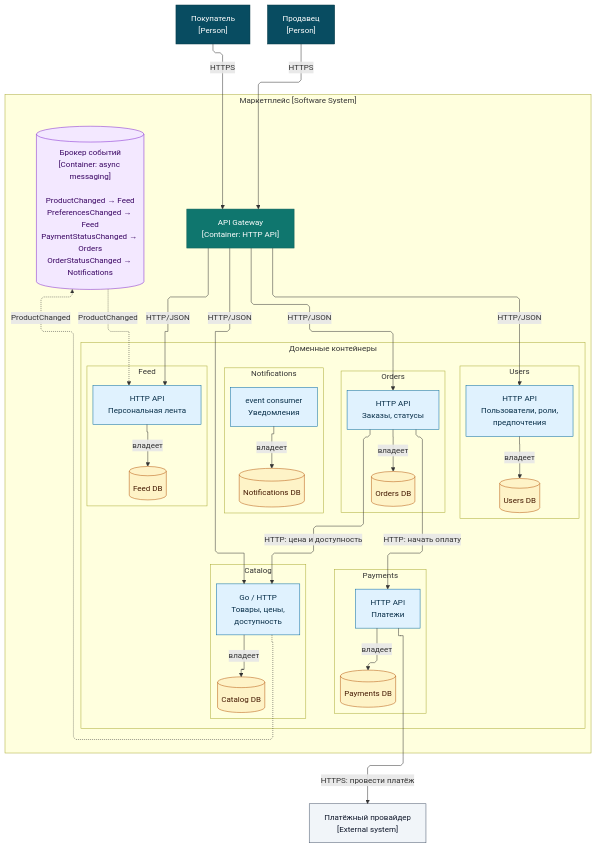
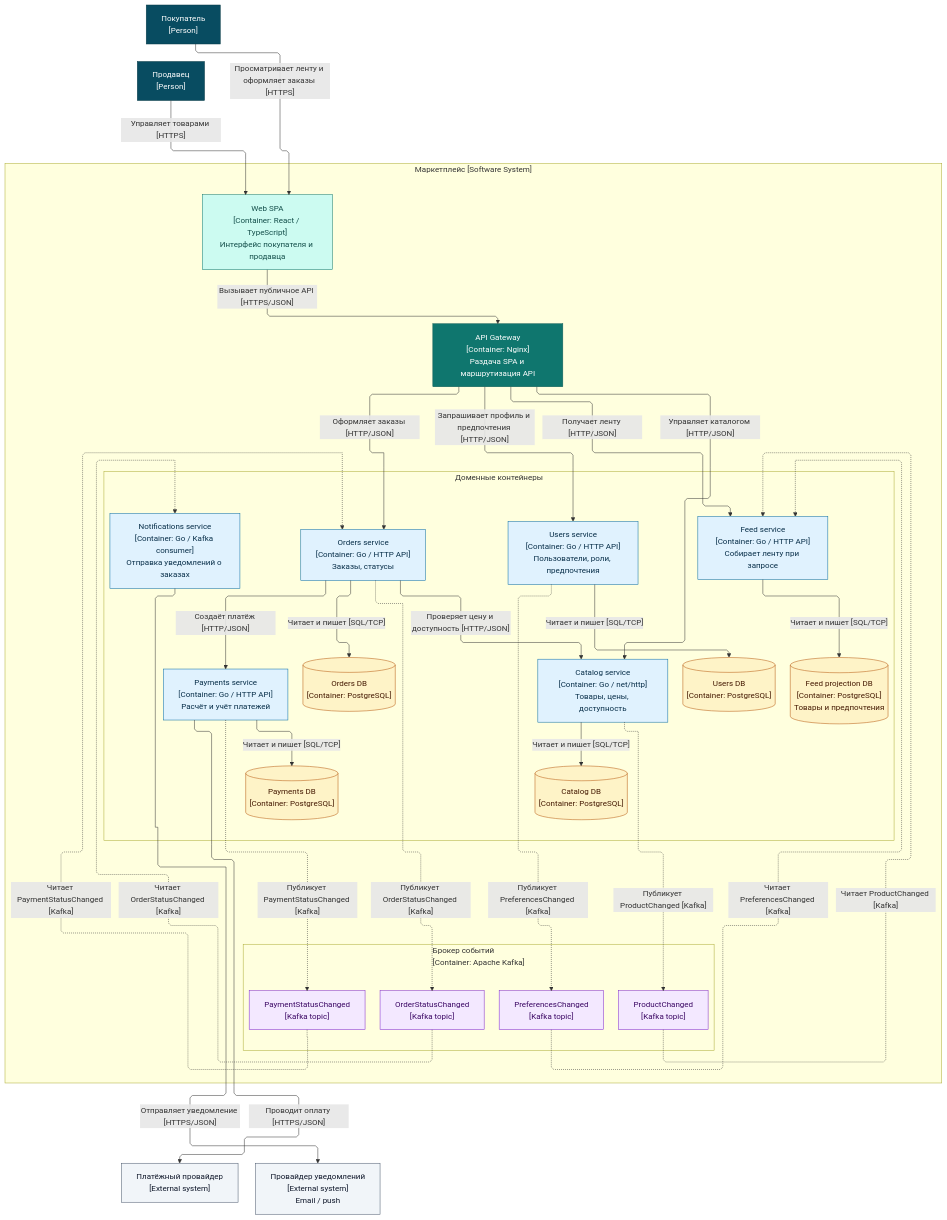
Before and after one commit to 4e6yPeK48/soa-marketplace: the diagram in README.md, drawn with Mermaid. The commit also changed other lines of this file and 2 other files, not shown here.

Commit message:
SOA-HW1: docs(architecture): уточнить C4 и границы хранения данных

````diff
--- a/README.md
+++ b/README.md
@@ -29,92 +30,90 @@
     buyer["Покупатель<br/>[Person]"]
     seller["Продавец<br/>[Person]"]
     psp["Платёжный провайдер<br/>[External system]"]
+    notification_provider["Провайдер уведомлений<br/>[External system]<br/>Email / push"]
+
+    buyer ~~~ seller
 
     subgraph marketplace["Маркетплейс [Software System]"]
         direction TB
 
-        gateway["API Gateway<br/>[Container: HTTP API]"]
+        web["Web SPA<br/>[Container: React / TypeScript]<br/>Интерфейс покупателя и продавца"]
+        gateway["API Gateway<br/>[Container: Nginx]<br/>Раздача SPA и маршрутизация API"]
 
         subgraph services["Доменные контейнеры"]
             direction LR
 
-            subgraph d_users["Users"]
-                direction TB
-                users["HTTP API<br/>Пользователи, роли,<br/>предпочтения"]
-                usersdb[("Users DB")]
-                users -->|владеет| usersdb
-            end
+            users["Users service<br/>[Container: Go / HTTP API]<br/>Пользователи, роли, предпочтения"]
+            usersdb[("Users DB<br/>[Container: PostgreSQL]")]
+            users -->|"Читает и пишет [SQL/TCP]"| usersdb
 
-            subgraph d_catalog["Catalog"]
-                direction TB
-                catalog["Go / HTTP<br/>Товары, цены,<br/>доступность"]
-                catalogdb[("Catalog DB")]
-                catalog -->|владеет| catalogdb
-            end
+            catalog["Catalog service<br/>[Container: Go / net/http]<br/>Товары, цены, доступность"]
+            catalogdb[("Catalog DB<br/>[Container: PostgreSQL]")]
+            catalog -->|"Читает и пишет [SQL/TCP]"| catalogdb
 
-            subgraph d_feed["Feed"]
-                direction TB
-                feed["HTTP API<br/>Персональная лента"]
-                feeddb[("Feed DB")]
-                feed -->|владеет| feeddb
-            end
+            feed["Feed service<br/>[Container: Go / HTTP API]<br/>Собирает ленту при запросе"]
+            feeddb[("Feed projection DB<br/>[Container: PostgreSQL]<br/>Товары и предпочтения")]
+            feed -->|"Читает и пишет [SQL/TCP]"| feeddb
 
-            subgraph d_orders["Orders"]
-                direction TB
-                orders["HTTP API<br/>Заказы, статусы"]
-                ordersdb[("Orders DB")]
-                orders -->|владеет| ordersdb
-            end
+            orders["Orders service<br/>[Container: Go / HTTP API]<br/>Заказы, статусы"]
+            ordersdb[("Orders DB<br/>[Container: PostgreSQL]")]
+            orders -->|"Читает и пишет [SQL/TCP]"| ordersdb
 
-            subgraph d_payments["Payments"]
-                direction TB
-                payments["HTTP API<br/>Платежи"]
-                paymentsdb[("Payments DB")]
-                payments -->|владеет| paymentsdb
-            end
+            payments["Payments service<br/>[Container: Go / HTTP API]<br/>Расчёт и учёт платежей"]
+            paymentsdb[("Payments DB<br/>[Container: PostgreSQL]")]
+            payments -->|"Читает и пишет [SQL/TCP]"| paymentsdb
 
-            subgraph d_notifications["Notifications"]
-                direction TB
-                notifications["event consumer<br/>Уведомления"]
-                notificationsdb[("Notifications DB")]
-                notifications -->|владеет| notificationsdb
-            end
+            notifications["Notifications service<br/>[Container: Go / Kafka consumer]<br/>Отправка уведомлений о заказах"]
         end
 
-        broker[("Брокер событий<br/>[Container: async messaging]<br/><br/>ProductChanged → Feed<br/>PreferencesChanged → Feed<br/>PaymentStatusChanged → Orders<br/>OrderStatusChanged → Notifications")]
+        subgraph broker["Брокер событий<br/>[Container: Apache Kafka]"]
+            direction LR
+            topic_preferences["PreferencesChanged<br/>[Kafka topic]"]
+            topic_products["ProductChanged<br/>[Kafka topic]"]
+            topic_payments["PaymentStatusChanged<br/>[Kafka topic]"]
+            topic_orders["OrderStatusChanged<br/>[Kafka topic]"]
+        end
     end
 
-    %% External → system
-    buyer -->|HTTPS| gateway
-    seller -->|HTTPS| gateway
+    %% Клиенты и публичный API
+    buyer -->|"Просматривает ленту и оформляет заказы [HTTPS]"| web
+    seller -->|"Управляет товарами [HTTPS]"| web
+    web -->|"Вызывает публичное API [HTTPS/JSON]"| gateway
 
-    %% Gateway → domain APIs
-    gateway -->|HTTP/JSON| users
-    gateway -->|HTTP/JSON| catalog
-    gateway -->|HTTP/JSON| feed
-    gateway -->|HTTP/JSON| orders
+    %% Синхронные вызовы
+    gateway -->|"Запрашивает профиль и предпочтения [HTTP/JSON]"| users
+    gateway -->|"Управляет каталогом [HTTP/JSON]"| catalog
+    gateway -->|"Получает ленту [HTTP/JSON]"| feed
+    gateway -->|"Оформляет заказы [HTTP/JSON]"| orders
+    orders -->|"Проверяет цену и доступность [HTTP/JSON]"| catalog
+    orders -->|"Создаёт платёж [HTTP/JSON]"| payments
+    payments -->|"Проводит оплату [HTTPS/JSON]"| psp
+    notifications -->|"Отправляет уведомление [HTTPS/JSON]"| notification_provider
 
-    %% Synchronous domain calls
-    orders -->|HTTP: цена и доступность| catalog
-    orders -->|HTTP: начать оплату| payments
-    payments -->|HTTPS: провести платёж| psp
+    %% Асинхронные события: публикация и доставка
+    users -.->|"Публикует PreferencesChanged [Kafka]"| topic_preferences
+    topic_preferences -.->|"Читает PreferencesChanged [Kafka]"| feed
+    catalog -.->|"Публикует ProductChanged [Kafka]"| topic_products
+    topic_products -.->|"Читает ProductChanged [Kafka]"| feed
+    payments -.->|"Публикует PaymentStatusChanged [Kafka]"| topic_payments
+    topic_payments -.->|"Читает PaymentStatusChanged [Kafka]"| orders
+    orders -.->|"Публикует OrderStatusChanged [Kafka]"| topic_orders
+    topic_orders -.->|"Читает OrderStatusChanged [Kafka]"| notifications
 
-    %% Async
-    catalog -.->|ProductChanged| broker
-    broker -.->|ProductChanged| feed
-
-    %% Styling
+    %% Стили
     classDef person fill:#084c61,color:#fff,stroke:#063845
     classDef external fill:#f1f5f9,stroke:#475569,color:#0f172a
+    classDef frontend fill:#ccfbf1,stroke:#0f766e,color:#134e4a
     classDef gateway fill:#0f766e,color:#fff,stroke:#115e59
     classDef service fill:#e0f2fe,stroke:#0369a1,color:#082f49
     classDef data fill:#fef3c7,stroke:#b45309,color:#451a03
     classDef broker fill:#f3e8ff,stroke:#7e22ce,color:#3b0764
 
     class buyer,seller person
-    class psp external
+    class psp,notification_provider external
+    class web frontend
     class gateway gateway
     class users,catalog,feed,orders,payments,notifications service
-    class usersdb,catalogdb,feeddb,ordersdb,paymentsdb,notificationsdb data
-    class broker broker
+    class usersdb,catalogdb,feeddb,ordersdb,paymentsdb data
+    class topic_preferences,topic_products,topic_payments,topic_orders broker
 ```
````
